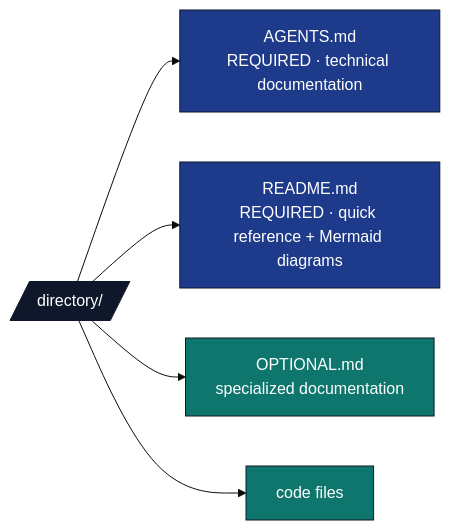
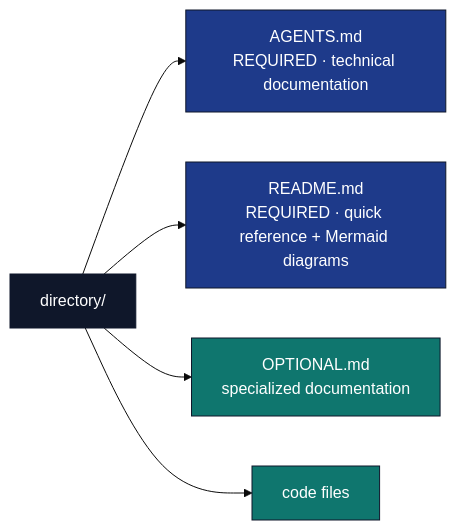
One commit to docxology/template changed the first of 7 diagrams in docs/rules/folder_structure.md. Above: the diagram before and after it, drawn with Mermaid (base theme). The commit also changed other lines of this file and 94 other files, not shown here.

````diff
--- a/docs/rules/folder_structure.md
+++ b/docs/rules/folder_structure.md
@@ -39,15 +39,15 @@
 ```mermaid
 flowchart LR
-    DIR[/directory//]
+    DIR[directory/]
     DIR --> AG[AGENTS.md<br/>REQUIRED · technical documentation]
     DIR --> RD[README.md<br/>REQUIRED · quick reference + Mermaid diagrams]
     DIR --> OPT[OPTIONAL.md<br/>specialized documentation]
     DIR --> CODE[code files]
 
     classDef d fill:#0f172a,stroke:#0f172a,color:#fff
     classDef req fill:#1e3a8a,stroke:#0f172a,color:#fff
     classDef opt fill:#0f766e,stroke:#0f172a,color:#fff
     class DIR d
     class AG,RD req
     class OPT,CODE opt
 ```
````
